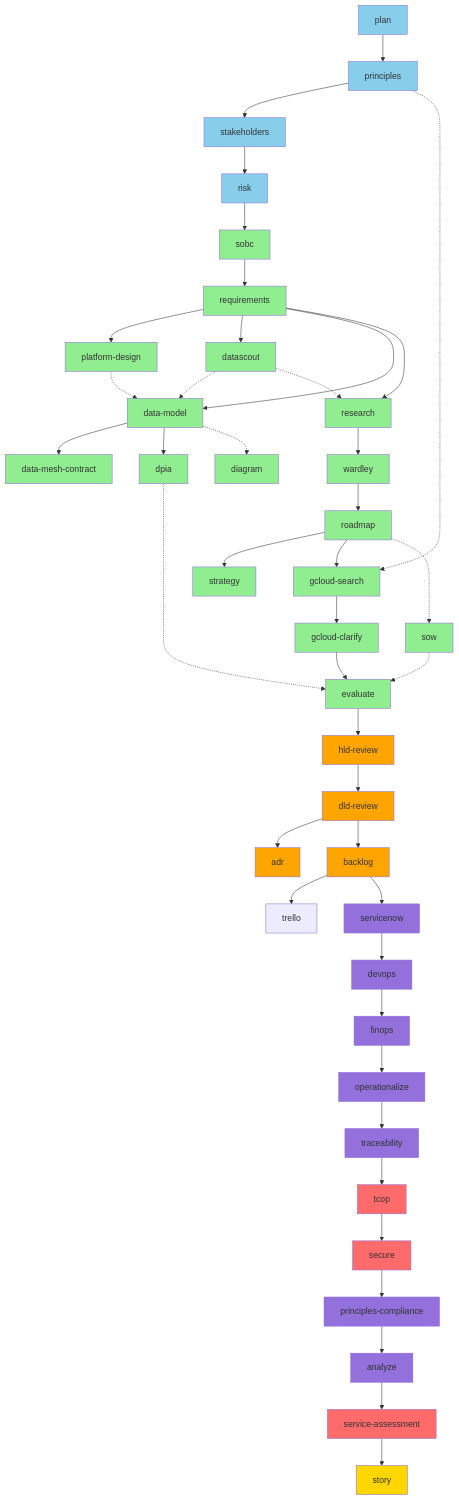
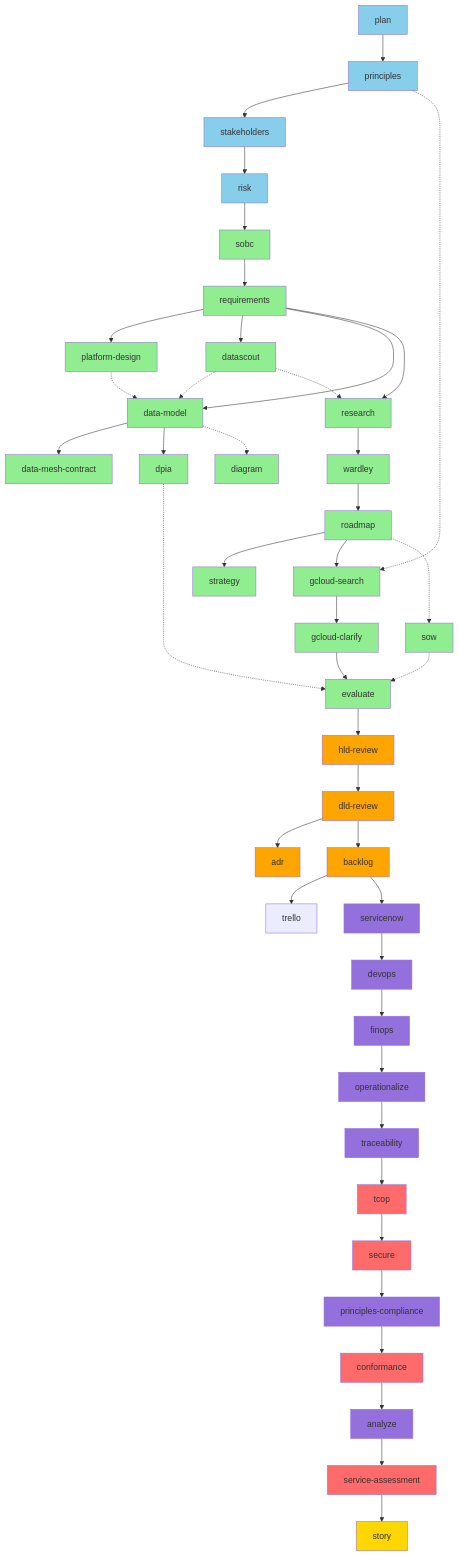
Before and after one commit to tractorjuice/arc-kit: the second of 9 diagrams in WORKFLOW-DIAGRAMS.md, drawn with Mermaid. The commit also changed other lines of this file and 40 other files, not shown here.

First line of the commit message:
release: v2.9.0 — architecture conformance assessment command (#55)

```diff
--- a/WORKFLOW-DIAGRAMS.md
+++ b/WORKFLOW-DIAGRAMS.md
@@ -171,7 +173,8 @@
     X --> X1[tcop]
     X1 --> X2[secure]
     X2 --> X3[principles-compliance]
-    X3 --> Y[analyze]
+    X3 --> X4[conformance]
+    X4 --> Y[analyze]
     Y --> Z[service-assessment]
 
     %% Tier 11: Reporting
@@ -209,6 +212,7 @@
     style X1 fill:#FF6B6B
     style X2 fill:#FF6B6B
     style X3 fill:#9370DB
+    style X4 fill:#FF6B6B
     style Y fill:#9370DB
     style Z fill:#FF6B6B
     style AA fill:#FFD700
```
